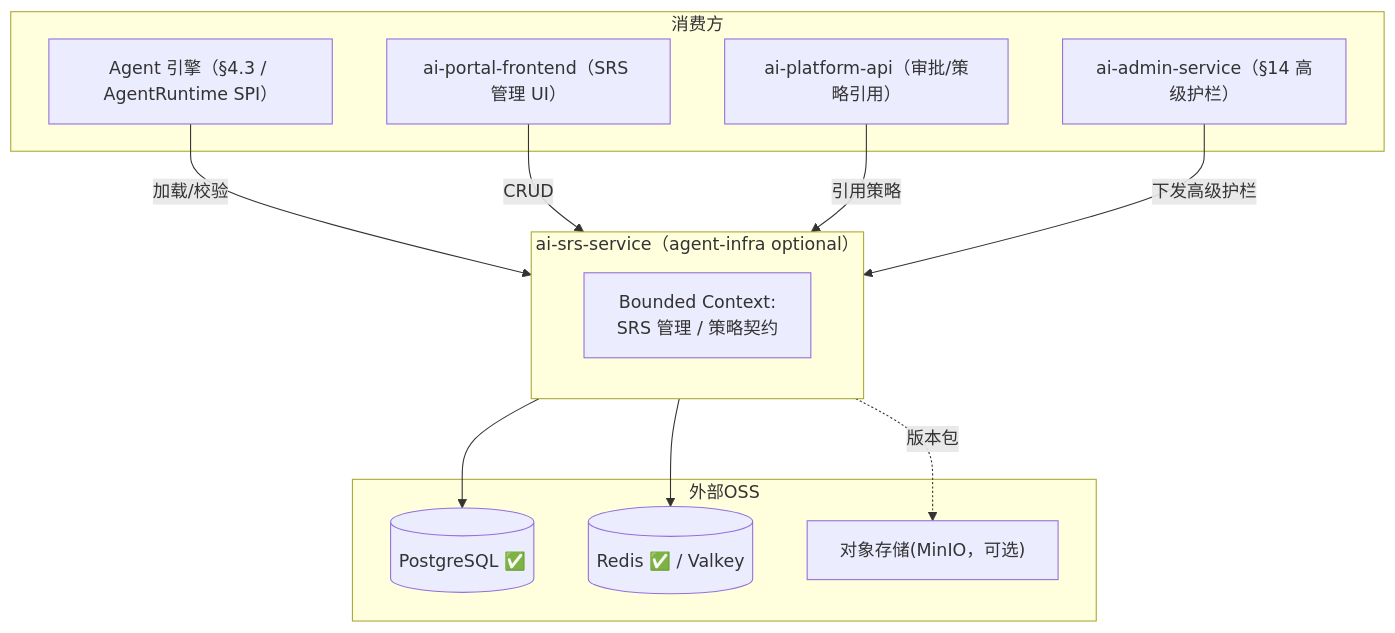
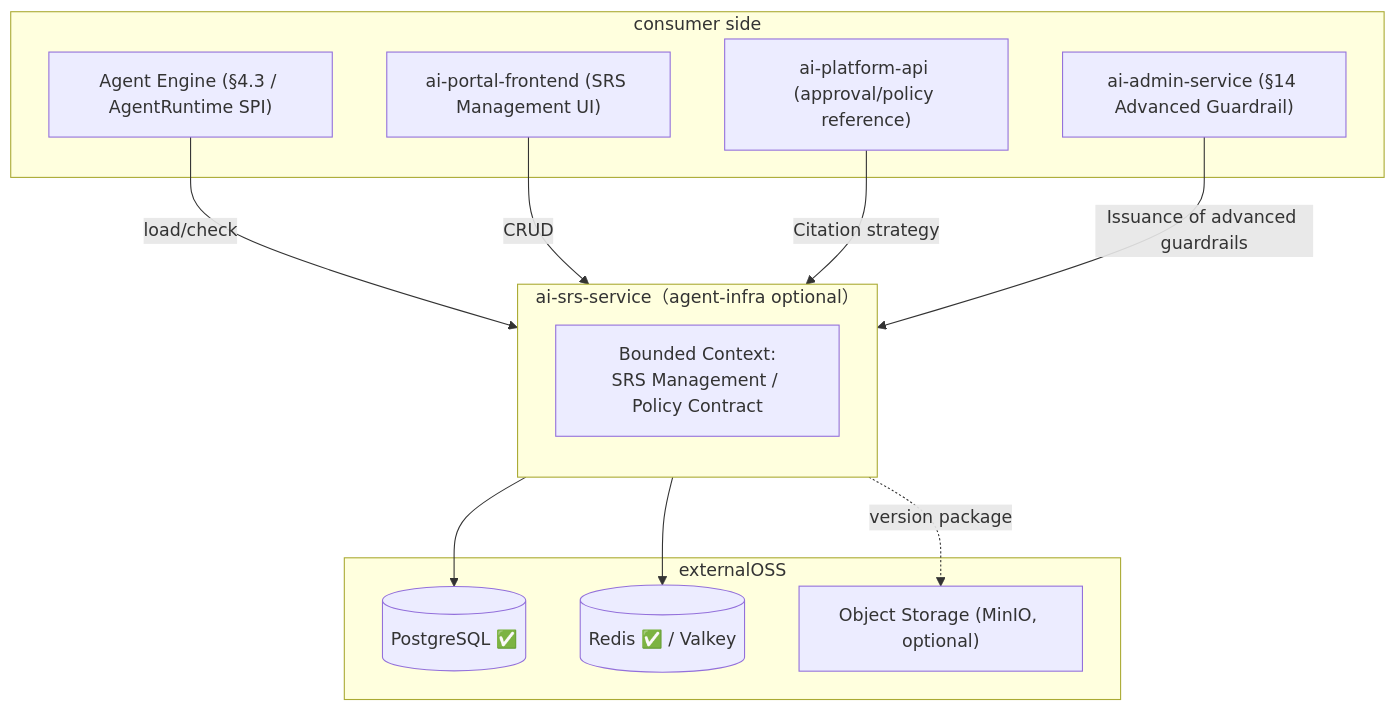
Before and after one commit to open-strata-ai/ai-srs-service: the first of 5 diagrams in design/DESIGN.md, drawn with Mermaid. The commit also changed other lines of this file and 9 other files, not shown here.

````diff
--- a/design/DESIGN.md
+++ b/design/DESIGN.md
@@ -23,25 +23,25 @@
 ```mermaid
 graph TB
-    subgraph 消费方
-        AGENT["Agent 引擎（§4.3 / AgentRuntime SPI）"]
-        PF["ai-portal-frontend（SRS 管理 UI）"]
-        API["ai-platform-api（审批/策略引用）"]
-        ADM["ai-admin-service（§14 高级护栏）"]
+    subgraph consumer side
+        AGENT["Agent Engine (§4.3 / AgentRuntime SPI)"]
+        PF["ai-portal-frontend (SRS Management UI)"]
+        API["ai-platform-api (approval/policy reference)"]
+        ADM["ai-admin-service (§14 Advanced Guardrail)"]
     end
-    subgraph 本服务["ai-srs-service（agent-infra optional）"]
+    subgraph This service["ai-srs-service（agent-infra optional）"]
         direction TB
-        BC["Bounded Context:<br/>SRS 管理 / 策略契约"]
+        BC["Bounded Context:<br/>SRS Management / Policy Contract"]
     end
-    subgraph 外部OSS
+    subgraph externalOSS
         PG[("PostgreSQL ✅")]
         RD[("Redis ✅ / Valkey")]
-        OBJ["对象存储(MinIO，可选)"]
+        OBJ["Object Storage (MinIO, optional)"]
     end
-    AGENT -->|加载/校验| BC
+    AGENT -->|load/check| BC
     PF -->|CRUD| BC
-    API -->|引用策略| BC
-    ADM -->|下发高级护栏| BC
+    API -->|Citation strategy| BC
+    ADM -->|Issuance of advanced guardrails| BC
     BC --> PG
     BC --> RD
-    BC -.版本包.-> OBJ
+    BC -.version package.-> OBJ
 ```
````
